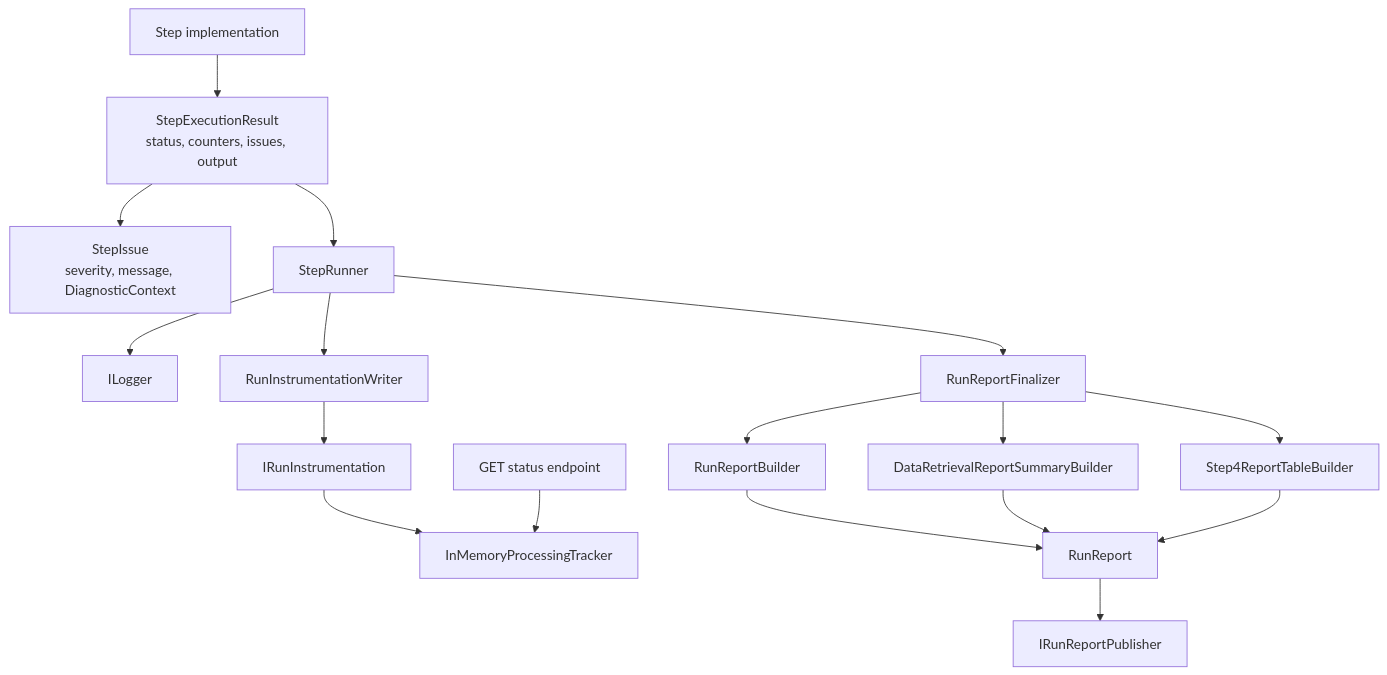
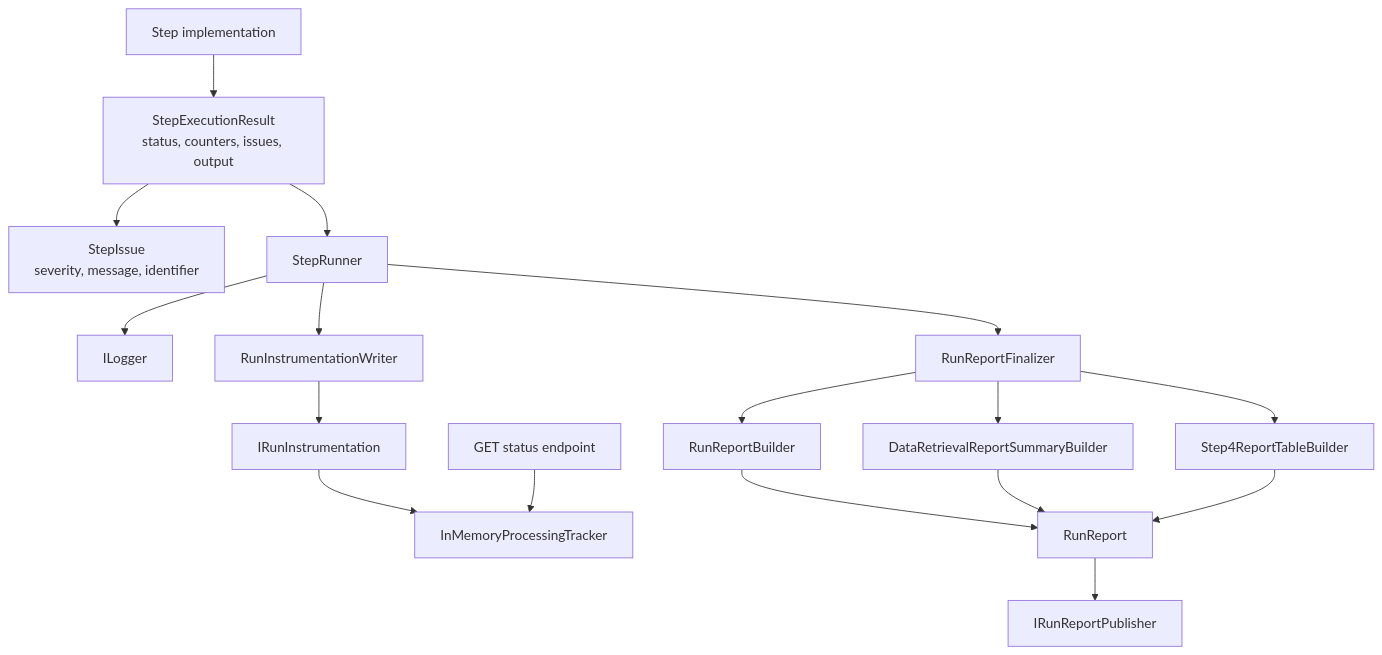
One commit to storny11/DataPipeline changed the fifth of 7 diagrams in spec/component-interactions.md. Above: the diagram before and after it, drawn with Mermaid. The commit also changed other lines of this file and 31 other files, not shown here.

````diff
--- a/spec/component-interactions.md
+++ b/spec/component-interactions.md
@@ -411,37 +411,37 @@
 ```mermaid
 flowchart TB
     Step["Step implementation"]
     StepResult["StepExecutionResult<br/>status, counters, issues, output"]
-    Issue["StepIssue<br/>severity, message, DiagnosticContext"]
+    Issue["StepIssue<br/>severity, message, identifier"]
     Runner["StepRunner"]
     Logger["ILogger"]
     InstrumentationWriter["RunInstrumentationWriter"]
     RunInstrumentation["IRunInstrumentation"]
     Tracker["InMemoryProcessingTracker"]
     StatusEndpoint["GET status endpoint"]
 
     Finalizer["RunReportFinalizer"]
     ReportBuilder["RunReportBuilder"]
     SummaryBuilder["DataRetrievalReportSummaryBuilder"]
     TableBuilder["Step4ReportTableBuilder"]
     RunReport["RunReport"]
     Publisher["IRunReportPublisher"]
 
     Step --> StepResult
     StepResult --> Issue
     StepResult --> Runner
     Runner --> Logger
     Runner --> InstrumentationWriter
     InstrumentationWriter --> RunInstrumentation
     RunInstrumentation --> Tracker
     StatusEndpoint --> Tracker
 
     Runner --> Finalizer
     Finalizer --> SummaryBuilder
     Finalizer --> TableBuilder
     Finalizer --> ReportBuilder
     ReportBuilder --> RunReport
     SummaryBuilder --> RunReport
     TableBuilder --> RunReport
     RunReport --> Publisher
 ```
````
